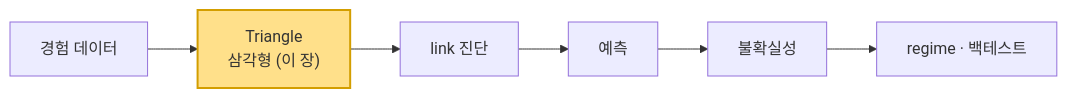
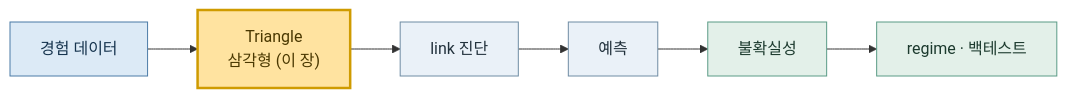
One commit to seokhoonj/lossratio changed the diagram in docs/tutorial/01-triangle.md. Above: the diagram before and after it, drawn with Mermaid. The commit also changed 5 other files, not shown here.

First line of the commit message:
docs: high-contrast tutorial flow diagrams (semantic classDef colors) + api.rst mechanism note

````diff
--- a/docs/tutorial/01-triangle.md
+++ b/docs/tutorial/01-triangle.md
@@ -16,9 +16,16 @@
 ```{mermaid}
 flowchart LR
   A["경험 데이터"] --> B["Triangle<br/>삼각형 (이 장)"]
   B --> C["link 진단"]
   C --> D["예측"]
   D --> E["불확실성"]
   E --> F["regime · 백테스트"]
-  style B fill:#ffe08a,stroke:#d39e00,stroke-width:2px
+  classDef data fill:#dceaf6,stroke:#4a7ba6,color:#16344e
+  classDef estimate fill:#eaf1f8,stroke:#6f8ca3,color:#22313c
+  classDef validate fill:#e3f0e9,stroke:#5a9b86,color:#1c3a2e
+  classDef current fill:#ffe3a0,stroke:#cf9b00,color:#4a3800,stroke-width:2.5px
+  class A data
+  class B,C,D estimate
+  class E,F validate
+  class B current
 ```
````
